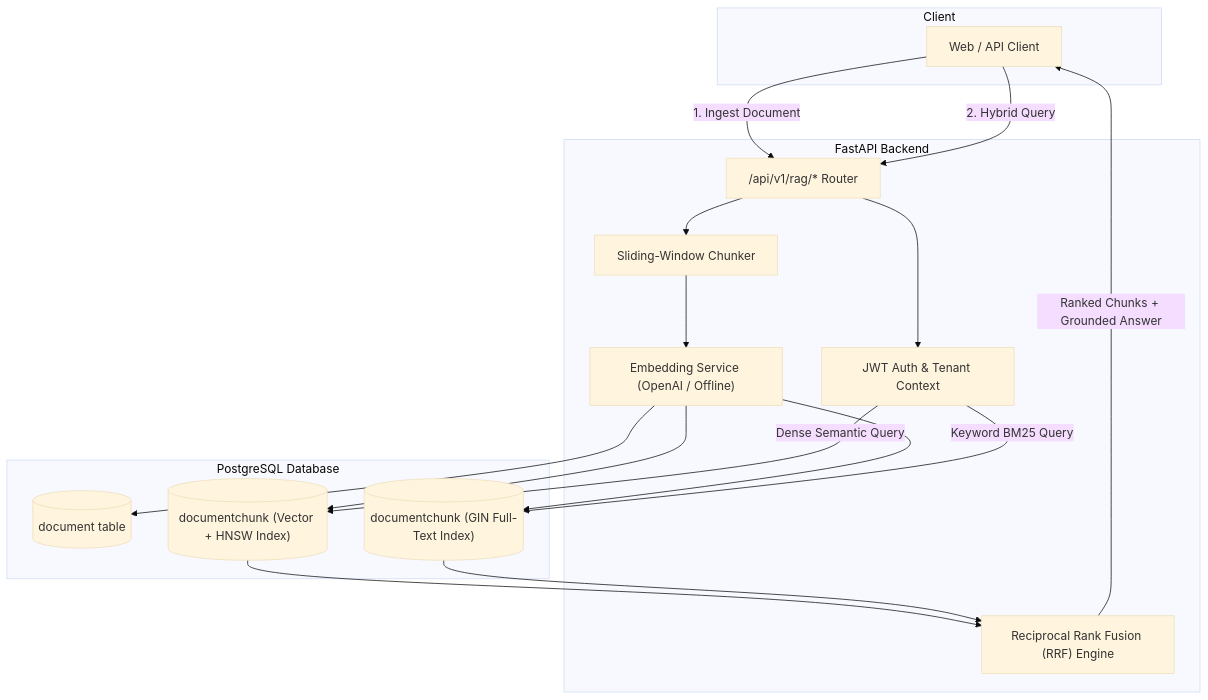
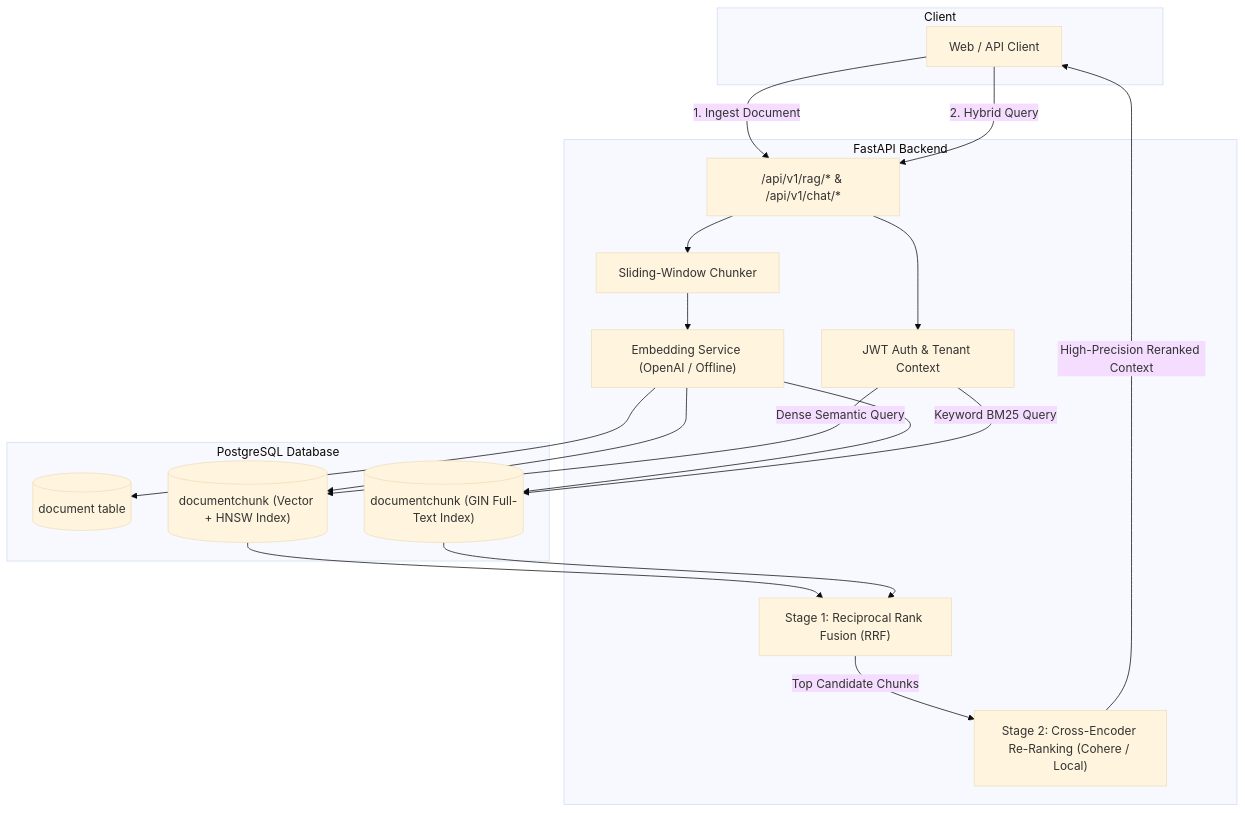
The diagram in README.md (VimalN2005/full-stack-fastapi-template), drawn with Mermaid (base theme) before and after one commit. The commit also changed other lines of this file and 11 other files, not shown here.

Commit message:
feat: add two-stage hybrid retrieval and cross-encoder re-ranking pipeline

````diff
--- a/README.md
+++ b/README.md
@@ -20,34 +20,36 @@
 ```mermaid
 flowchart TD
     subgraph Client
         UserApp["Web / API Client"]
     end
 
     subgraph FastAPI Backend
         Auth["JWT Auth & Tenant Context"]
-        RAGRouter["/api/v1/rag/* Router"]
+        RAGRouter["/api/v1/rag/* & /api/v1/chat/*"]
         Chunker["Sliding-Window Chunker"]
         EmbeddingSvc["Embedding Service (OpenAI / Offline)"]
-        RRF["Reciprocal Rank Fusion (RRF) Engine"]
+        RRF["Stage 1: Reciprocal Rank Fusion (RRF)"]
+        Reranker["Stage 2: Cross-Encoder Re-Ranking (Cohere / Local)"]
     end
 
     subgraph PostgreSQL Database
         DocTable[("document table")]
         VectorIdx[("documentchunk (Vector + HNSW Index)")]
         FTSIdx[("documentchunk (GIN Full-Text Index)")]
     end
 
     UserApp -->|1. Ingest Document| RAGRouter
     RAGRouter --> Chunker --> EmbeddingSvc
     EmbeddingSvc --> DocTable
     EmbeddingSvc --> VectorIdx
     EmbeddingSvc --> FTSIdx
 
     UserApp -->|2. Hybrid Query| RAGRouter
     RAGRouter --> Auth
     Auth -->|Dense Semantic Query| VectorIdx
     Auth -->|Keyword BM25 Query| FTSIdx
     VectorIdx --> RRF
     FTSIdx --> RRF
-    RRF -->|Ranked Chunks + Grounded Answer| UserApp
+    RRF -->|Top Candidate Chunks| Reranker
+    Reranker -->|High-Precision Reranked Context| UserApp
 ```
````
